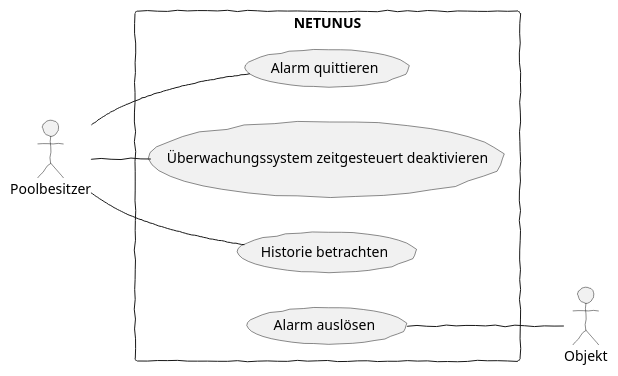
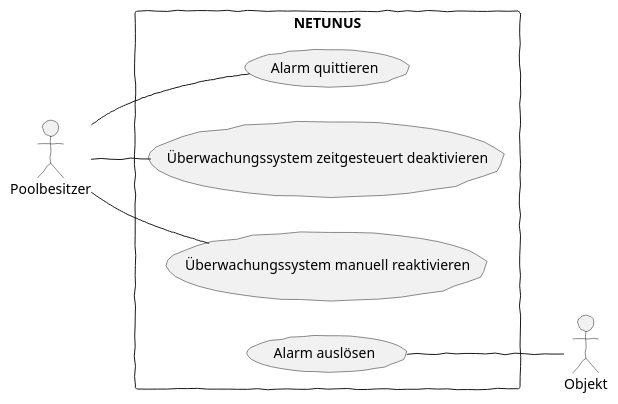
The third of 3 diagrams in asciidocs/entwurf.adoc (KonstantinFrank01/safer-pool-docs), drawn with PlantUML before and after one commit. The commit also changed other lines of this file, not shown here.

Commit message:
update use case diagram

```diff
--- a/asciidocs/entwurf.adoc
+++ b/asciidocs/entwurf.adoc
@@ -116,17 +118,17 @@
 [plantuml]
 ----
 @startuml
 skinparam handwritten true
 left to right direction
 actor Poolbesitzer
 actor Objekt
 rectangle NETUNUS{
     /'Poolbesitzer -- (Bekommt Benachrichtigung)'/
     Poolbesitzer -- (Alarm quittieren)
     Poolbesitzer -- (Überwachungssystem zeitgesteuert deaktivieren)
-    Poolbesitzer -- (Historie betrachten)
+    Poolbesitzer -- (Überwachungssystem manuell reaktivieren)
     /'(Bekommt Benachrichtigung) .> (Auslösen des Alarms) : <<extends>>'/
     (Alarm auslösen) -- Objekt
 }
 @enduml
 ----
```
